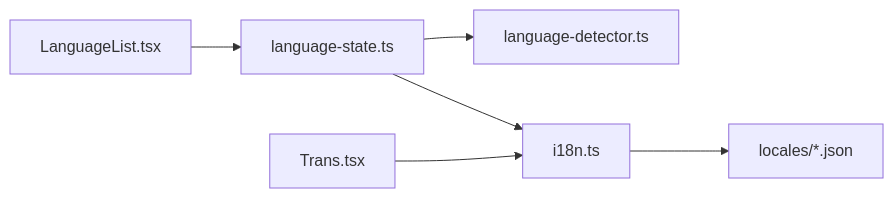
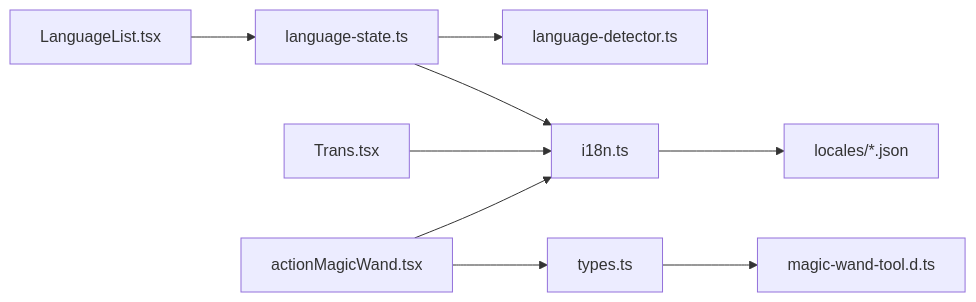
The eighth of 8 diagrams in .qoder/repowiki/zh/content/国际化支持.md (Az-qianchen/Excalidraw), drawn with Mermaid before and after one commit. The commit also changed other lines of this file and 60 other files, not shown here.

````diff
--- a/.qoder/repowiki/zh/content/国际化支持.md
+++ b/.qoder/repowiki/zh/content/国际化支持.md
@@ -323,8 +383,11 @@
 ```mermaid
 graph LR
 LanguageList["LanguageList.tsx"] --> LanguageState["language-state.ts"]
 LanguageState --> LanguageDetector["language-detector.ts"]
 LanguageState --> I18N["i18n.ts"]
 Trans["Trans.tsx"] --> I18N
 I18N --> Locales["locales/*.json"]
+actionMagicWand["actionMagicWand.tsx"] --> I18N
+actionMagicWand --> types["types.ts"]
+types --> magicWandTool["magic-wand-tool.d.ts"]
 ```
````
